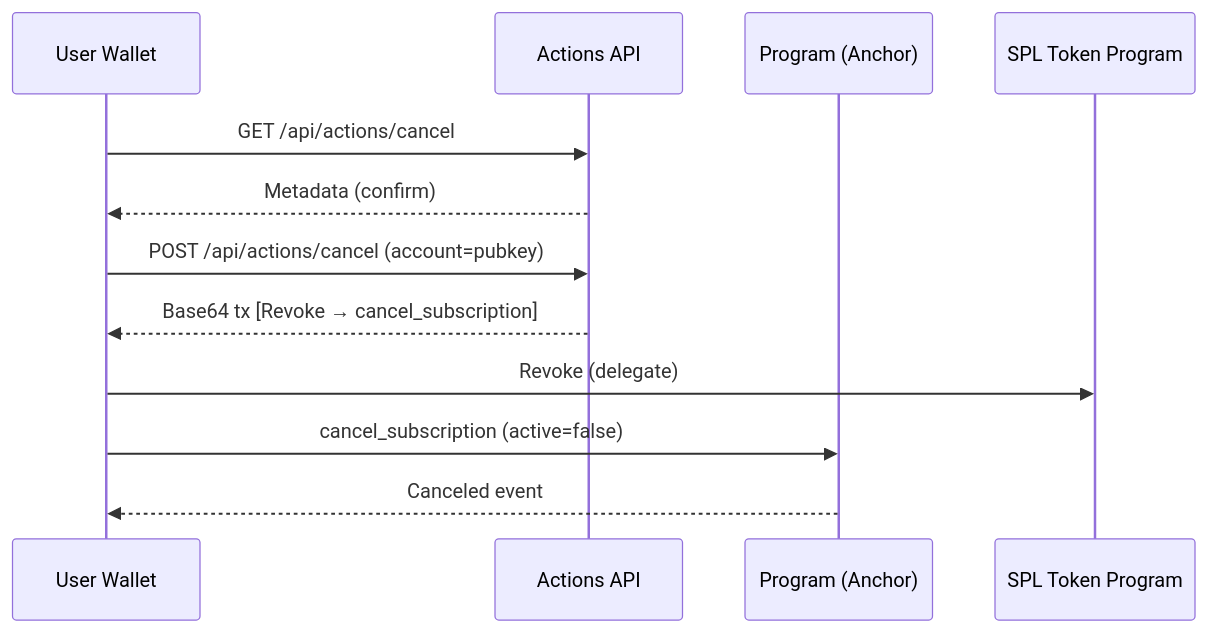
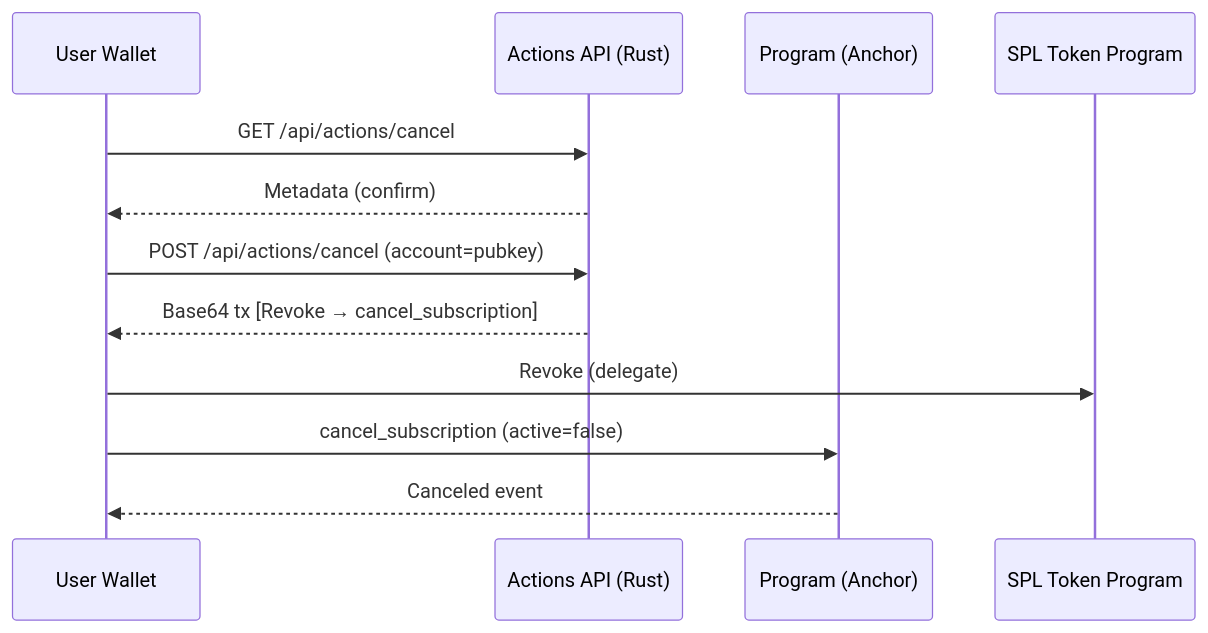
One commit to Tally-Pay/tally-protocol changed the second of 2 diagrams in solana-subscriptions-prd.md. Above: the diagram before and after it, drawn with Mermaid. The commit also changed other lines of this file and 1 other file, not shown here.

````diff
--- a/solana-subscriptions-prd.md
+++ b/solana-subscriptions-prd.md
@@ -640,14 +630,14 @@
 ```mermaid
 sequenceDiagram
     participant U as User Wallet
-    participant A as Actions API
+    participant A as Actions API (Rust)
     participant P as Program (Anchor)
     participant T as SPL Token Program
     U->>A: GET /api/actions/cancel
     A-->>U: Metadata (confirm)
     U->>A: POST /api/actions/cancel (account=pubkey)
     A-->>U: Base64 tx [Revoke → cancel_subscription]
     U->>T: Revoke (delegate)
     U->>P: cancel_subscription (active=false)
     P-->>U: Canceled event
 ```
````
